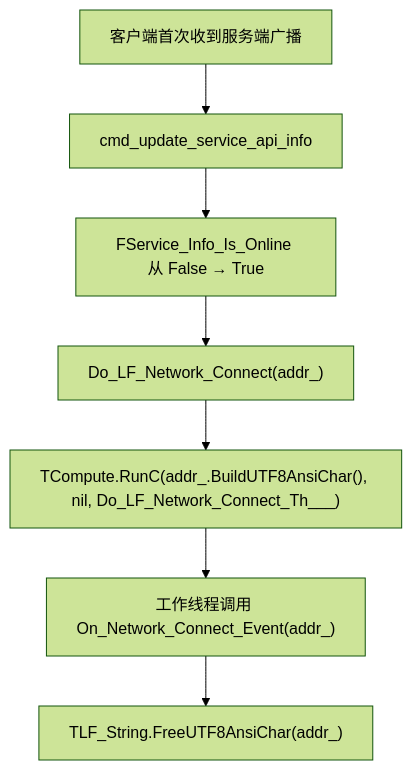
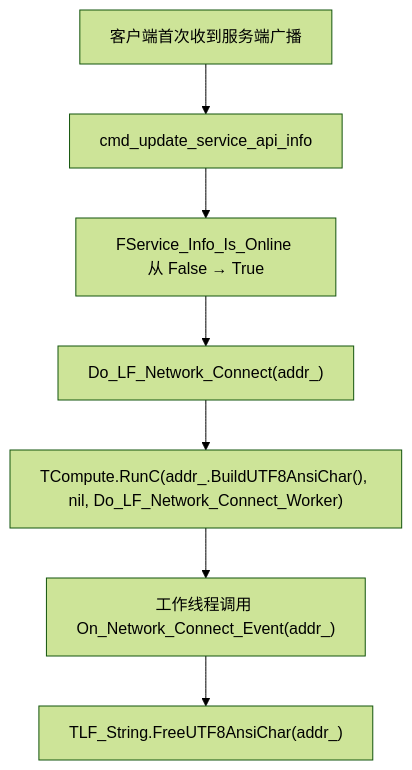
Before and after one commit to PassByYou888/LingoFuse: the ninth of 24 diagrams in LingoFuse_MultiLanguage_Complete_Guide.md, drawn with Mermaid (forest theme). The commit also changed other lines of this file, not shown here.

````diff
--- a/LingoFuse_MultiLanguage_Complete_Guide.md
+++ b/LingoFuse_MultiLanguage_Complete_Guide.md
@@ -3303,9 +3325,9 @@
 ```mermaid
 flowchart TD
     A["客户端首次收到服务端广播"] --> B["cmd_update_service_api_info"]
     B --> C["FService_Info_Is_Online 从 False → True"]
     C --> D["Do_LF_Network_Connect(addr_)"]
-    D --> E["TCompute.RunC(addr_.BuildUTF8AnsiChar(), nil, Do_LF_Network_Connect_Th___)"]
+    D --> E["TCompute.RunC(addr_.BuildUTF8AnsiChar(), nil, Do_LF_Network_Connect_Worker)"]
     E --> F["工作线程调用 On_Network_Connect_Event(addr_)"]
     F --> G["TLF_String.FreeUTF8AnsiChar(addr_)"]
 ```
````
